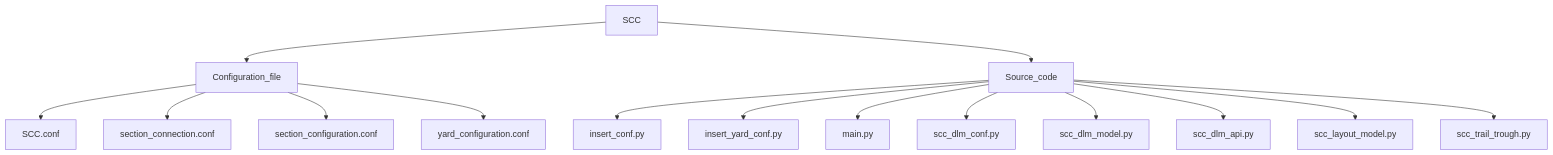
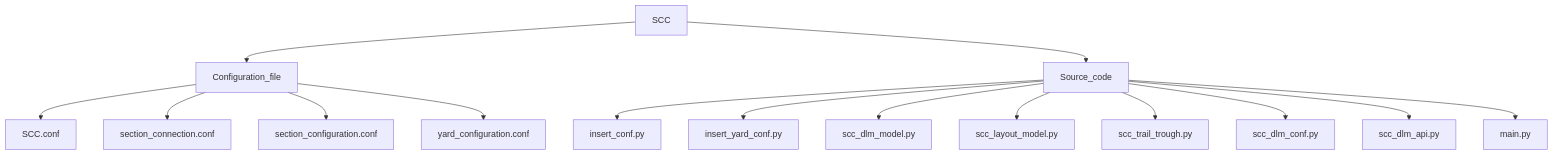
One commit to paragnema1/Siding_Control_Centre_Module changed the diagram in README.md. Above: the diagram before and after it, drawn with Mermaid. The commit also changed other lines of this file, not shown here.

````diff
--- a/README.md
+++ b/README.md
@@ -3,17 +3,17 @@
 ```mermaid
 graph TD;
     SCC-->Configuration_file;
     SCC-->Source_code;
     Configuration_file-->SCC.conf;
     Configuration_file-->section_connection.conf;
     Configuration_file-->section_configuration.conf;
     Configuration_file-->yard_configuration.conf;
     Source_code-->insert_conf.py;
     Source_code-->insert_yard_conf.py;
-    Source_code-->main.py;
-    Source_code-->scc_dlm_conf.py;
     Source_code-->scc_dlm_model.py;
-    Source_code-->scc_dlm_api.py;
     Source_code-->scc_layout_model.py;
     Source_code-->scc_trail_trough.py;
+    Source_code-->scc_dlm_conf.py;
+    Source_code-->scc_dlm_api.py;
+    Source_code-->main.py;
 ```
````
